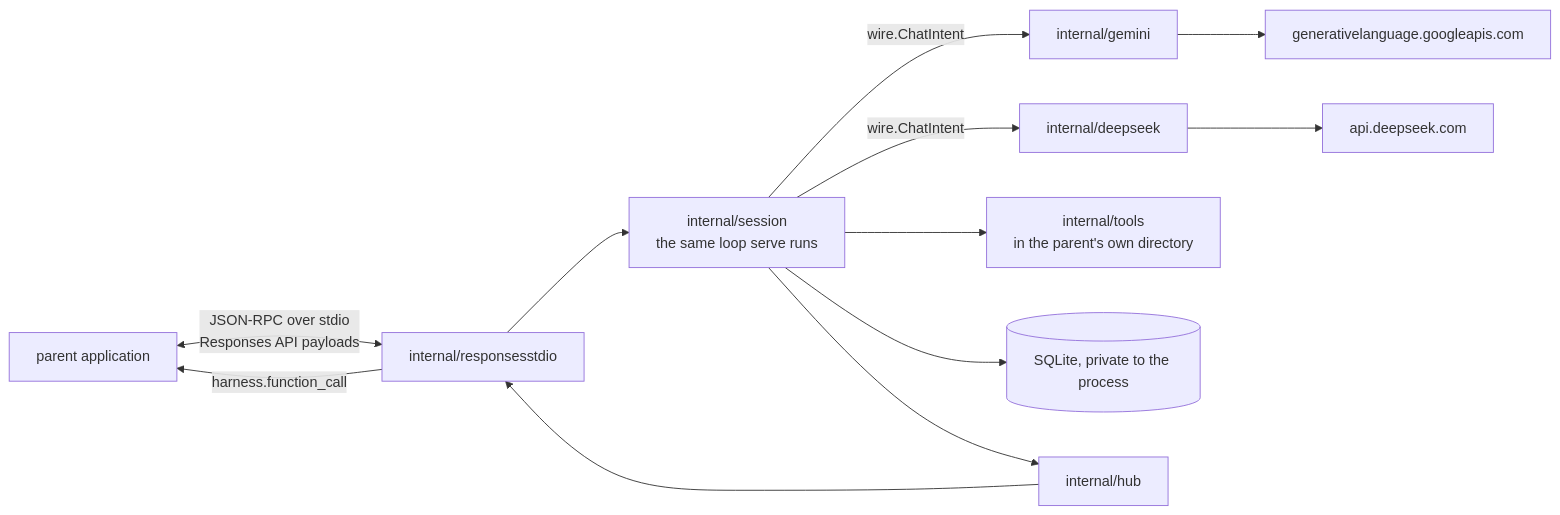
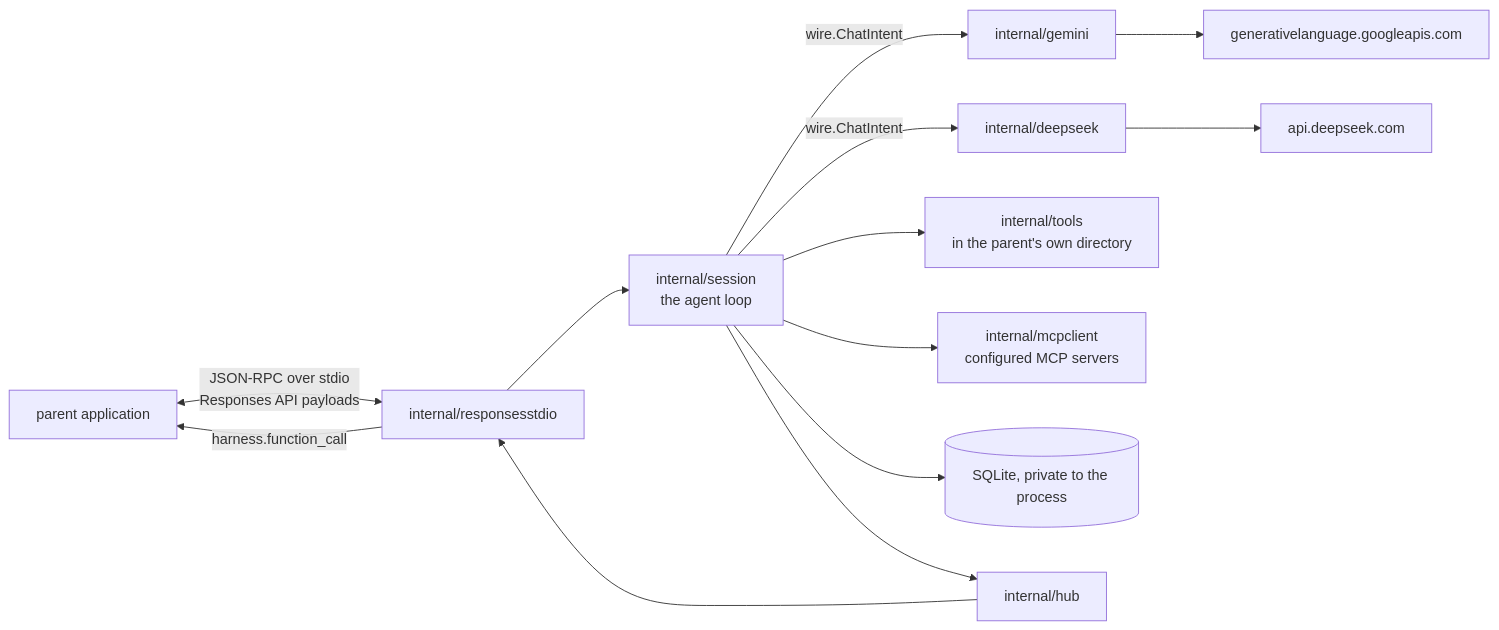
The diagram in ARCHITECTURE.md (tinkerindustries/agent-harness), drawn with Mermaid before and after one commit. The commit also changed other lines of this file and 472 other files, not shown here.

````diff
--- a/ARCHITECTURE.md
+++ b/ARCHITECTURE.md
@@ -110,14 +46,15 @@
 ```mermaid
 flowchart LR
     parent[parent application] <-->|JSON-RPC over stdio<br/>Responses API payloads| gs[internal/responsesstdio]
-    gs --> session2[internal/session<br/>the same loop serve runs]
+    gs --> session2[internal/session<br/>the agent loop]
     session2 -->|wire.ChatIntent| gc[internal/gemini]
     session2 -->|wire.ChatIntent| dc[internal/deepseek]
     gc --> gapi[generativelanguage.googleapis.com]
     dc --> dapi[api.deepseek.com]
     session2 --> tools2[internal/tools<br/>in the parent's own directory]
+    session2 --> mcpclient[internal/mcpclient<br/>configured MCP servers]
     session2 --> st2[(SQLite, private to the process)]
     session2 --> hub2[internal/hub]
     hub2 --> gs
     gs -->|harness.function_call| parent
 ```
````
